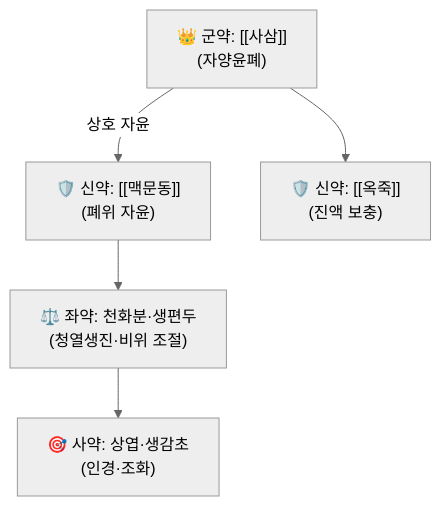
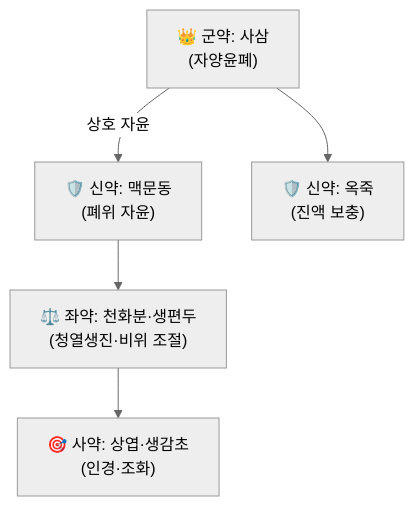
The diagram in content/2. 약리 공부/처방/02_보익제/사삼맥문동탕.md (simbio11/simbio-digital-garden2), drawn with Mermaid (neutral theme) before and after one commit. The commit also changed other lines of this file and 323 other files, not shown here.

````diff
--- a/content/2. 약리 공부/처방/02_보익제/사삼맥문동탕.md
+++ b/content/2. 약리 공부/처방/02_보익제/사삼맥문동탕.md
@@ -61,7 +61,7 @@
 ```mermaid
 graph TD
-    Gun["👑 군약: [[사삼]]<br>(자양윤폐)"] -->|상호 자윤| Sin1["🛡️ 신약: [[맥문동]]<br>(폐위 자윤)"]
-    Gun --> Sin2["🛡️ 신약: [[옥죽]]<br>(진액 보충)"]
+    Gun["👑 군약: 사삼<br>(자양윤폐)"] -->|상호 자윤| Sin1["🛡️ 신약: 맥문동<br>(폐위 자윤)"]
+    Gun --> Sin2["🛡️ 신약: 옥죽<br>(진액 보충)"]
     Sin1 --> Jwa["⚖️ 좌약: 천화분·생편두<br>(청열생진·비위 조절)"]
     Jwa --> Sa["🎯 사약: 상엽·생감초<br>(인경·조화)"]
 ```
````
